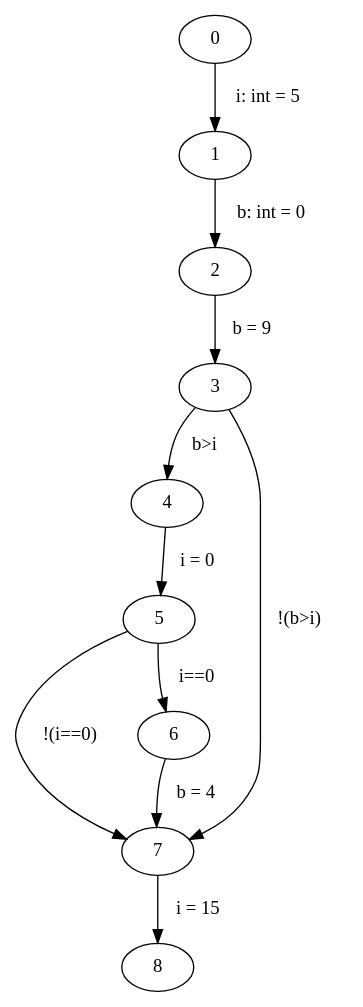
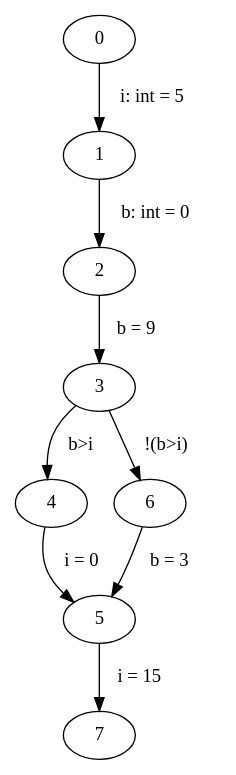
Before and after one commit to FloKes/ProgramAnalysis: the diagram in src/main/java/graphviz/input.dot, drawn with Graphviz. The commit also changed 7 other files, not shown here.

```diff
--- a/src/main/java/graphviz/input.dot
+++ b/src/main/java/graphviz/input.dot
@@ -1,12 +1,10 @@
 digraph ProgramGraph{
 "0" -> "1" [label="  i: int = 5   "] 
 "1" -> "2" [label="  b: int = 0   "] 
 "2" -> "3" [label="  b = 9   "] 
 "3" -> "4" [label="  b>i   "] 
-"3" -> "7" [label="  !(b>i)   "] 
+"3" -> "6" [label="  !(b>i)   "] 
 "4" -> "5" [label="  i = 0   "] 
-"5" -> "6" [label="  i==0   "] 
-"5" -> "7" [label="  !(i==0)   "] 
-"6" -> "7" [label="  b = 4   "] 
-"7" -> "8" [label="  i = 15   "] 
+"5" -> "7" [label="  i = 15   "] 
+"6" -> "5" [label="  b = 3   "] 
 }
```
